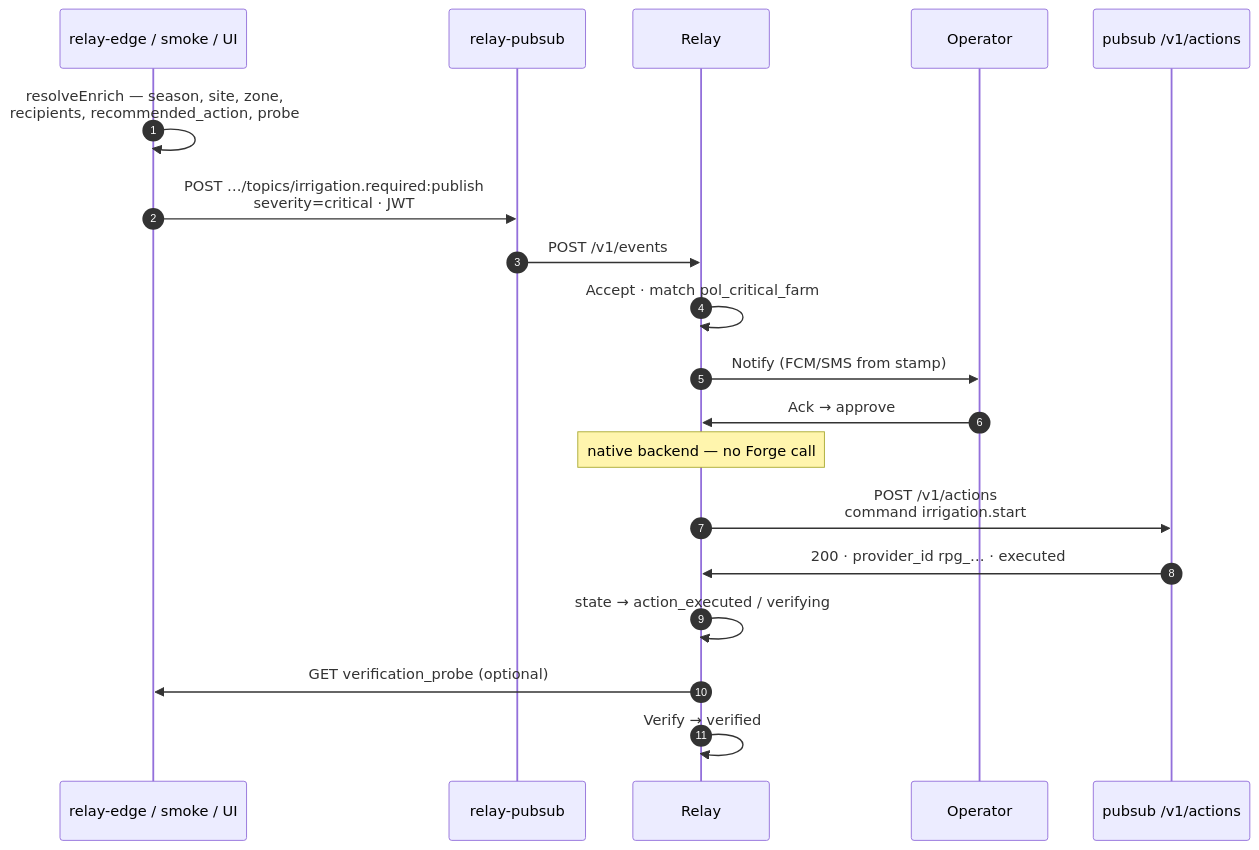
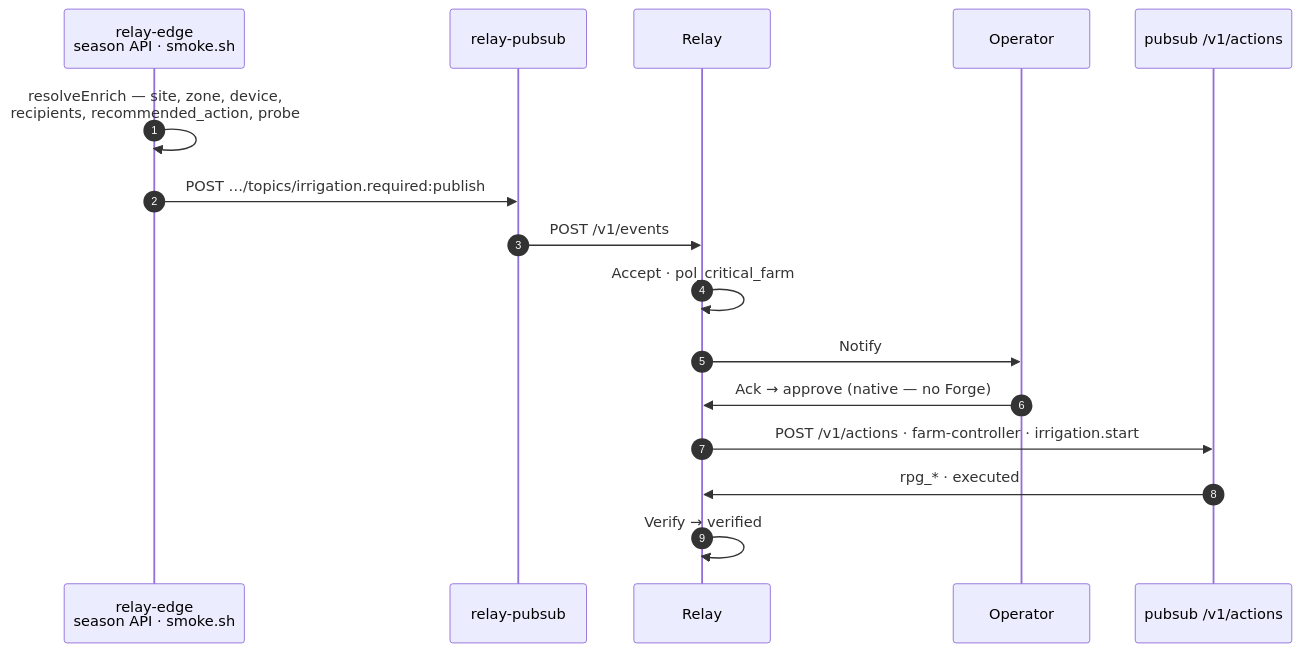
One commit to zyvorai/relay-edge changed the third of 8 diagrams in docs/INTEGRATION.md. Above: the diagram before and after it, drawn with Mermaid. The commit also changed other lines of this file and 2 other files, not shown here.

First line of the commit message:
docs: describe all IoT families in no-Forge stack diagrams.

````diff
--- a/docs/INTEGRATION.md
+++ b/docs/INTEGRATION.md
@@ -118,22 +139,19 @@
 ```mermaid
 sequenceDiagram
   autonumber
-  participant UI as relay-edge / smoke / UI
+  participant UI as relay-edge<br/>season API · smoke.sh
   participant PS as relay-pubsub
   participant R as Relay
   participant OP as Operator
   participant AG as pubsub /v1/actions
 
-  UI->>UI: resolveEnrich — season, site, zone,<br/>recipients, recommended_action, probe
-  UI->>PS: POST …/topics/irrigation.required:publish<br/>severity=critical · JWT
+  UI->>UI: resolveEnrich — site, zone, device,<br/>recipients, recommended_action, probe
+  UI->>PS: POST …/topics/irrigation.required:publish
   PS->>R: POST /v1/events
-  R->>R: Accept · match pol_critical_farm
-  R->>OP: Notify (FCM/SMS from stamp)
-  OP->>R: Ack → approve
-  Note over R: native backend — no Forge call
-  R->>AG: POST /v1/actions<br/>command irrigation.start
-  AG->>R: 200 · provider_id rpg_… · executed
-  R->>R: state → action_executed / verifying
-  R->>UI: GET verification_probe (optional)
+  R->>R: Accept · pol_critical_farm
+  R->>OP: Notify
+  OP->>R: Ack → approve (native — no Forge)
+  R->>AG: POST /v1/actions · farm-controller · irrigation.start
+  AG->>R: rpg_* · executed
   R->>R: Verify → verified
 ```
````
